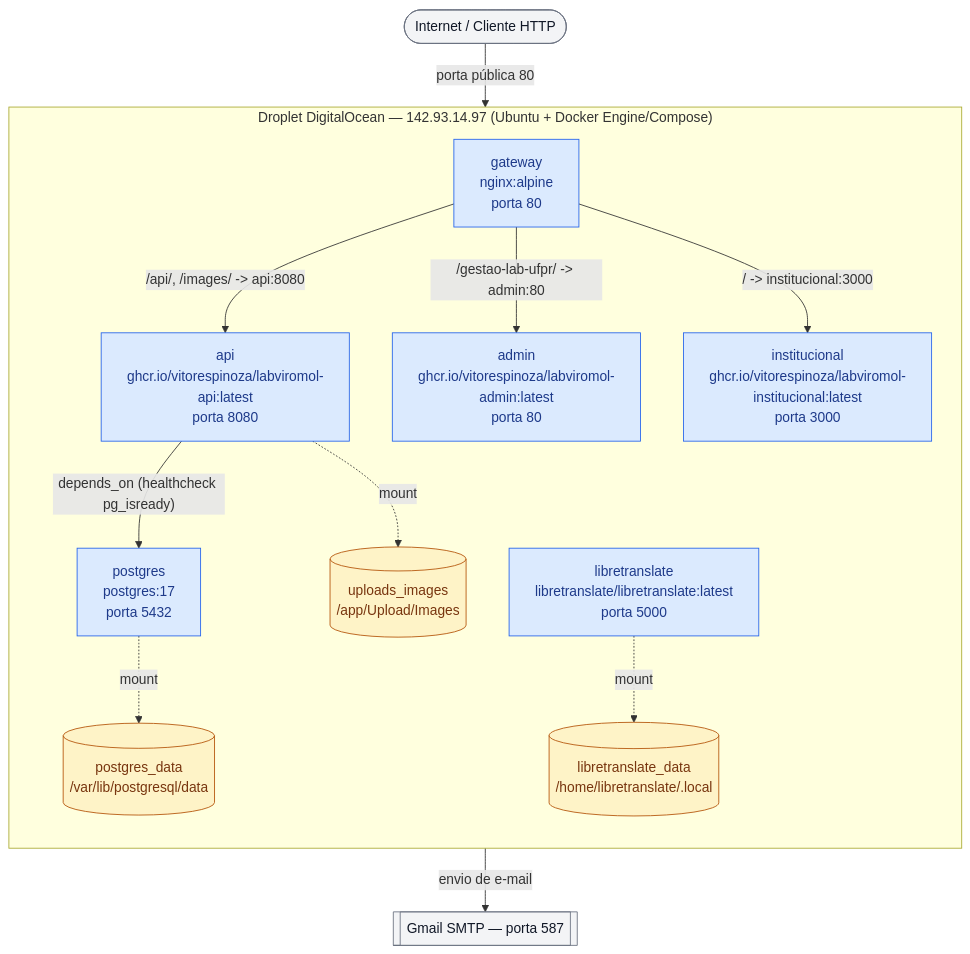
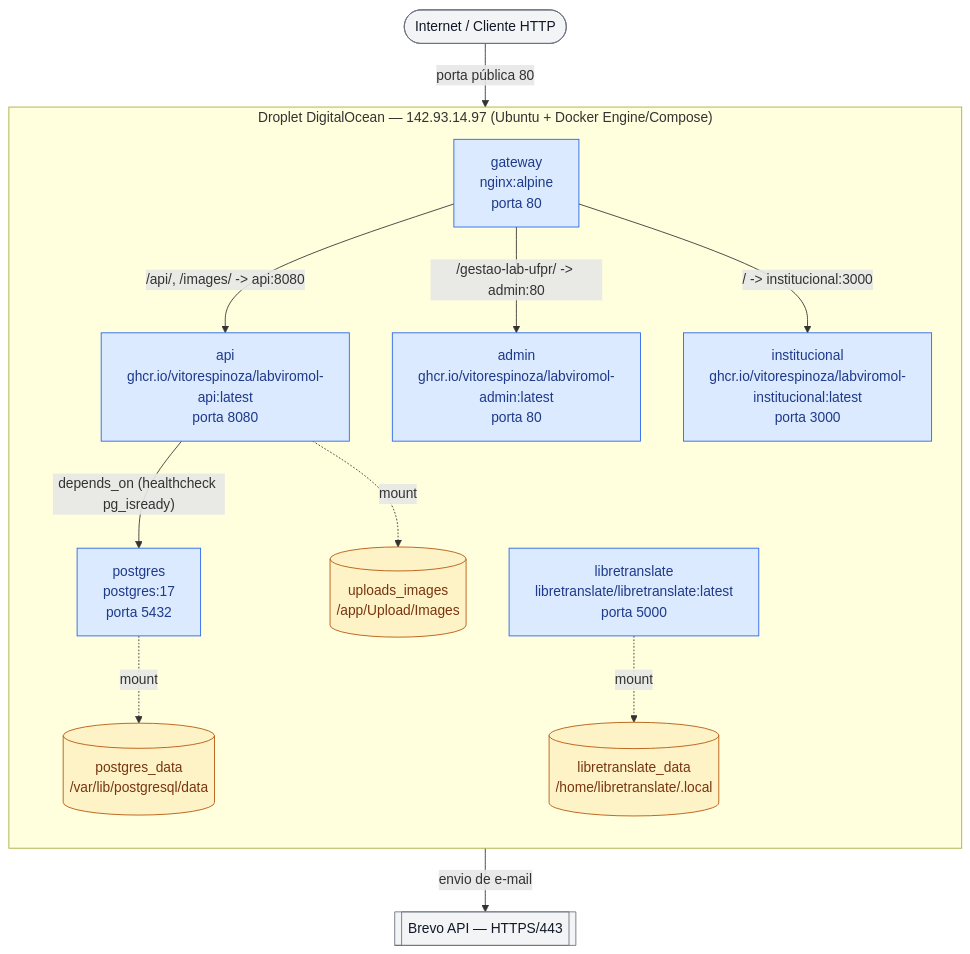
Before and after one commit to VitorEspinoza/LabViroMol: the diagram in docs/architecture/deployment/deployment.md, drawn with Mermaid. The commit also changed 32 other files, not shown here.

````diff
--- a/docs/architecture/deployment/deployment.md
+++ b/docs/architecture/deployment/deployment.md
@@ -9,41 +9,41 @@
 ```mermaid
 flowchart TB
     internet(["Internet / Cliente HTTP"])
-    smtp[["Gmail SMTP — porta 587"]]
+    brevo[["Brevo API — HTTPS/443"]]
 
     subgraph droplet["Droplet DigitalOcean — 142.93.14.97 (Ubuntu + Docker Engine/Compose)"]
         direction TB
 
         gateway["gateway\nnginx:alpine\nporta 80"]
         api["api\nghcr.io/vitorespinoza/labviromol-api:latest\nporta 8080"]
         admin["admin\nghcr.io/vitorespinoza/labviromol-admin:latest\nporta 80"]
         institucional["institucional\nghcr.io/vitorespinoza/labviromol-institucional:latest\nporta 3000"]
         postgres["postgres\npostgres:17\nporta 5432"]
         libretranslate["libretranslate\nlibretranslate/libretranslate:latest\nporta 5000"]
 
         vol_postgres[("postgres_data\n/var/lib/postgresql/data")]
         vol_uploads[("uploads_images\n/app/Upload/Images")]
         vol_lt[("libretranslate_data\n/home/libretranslate/.local")]
 
         gateway -- "/api/, /images/ -> api:8080" --> api
         gateway -- "/gestao-lab-ufpr/ -> admin:80" --> admin
         gateway -- "/ -> institucional:3000" --> institucional
 
         api -- "depends_on (healthcheck pg_isready)" --> postgres
 
         postgres -. mount .-> vol_postgres
         api -. mount .-> vol_uploads
         libretranslate -. mount .-> vol_lt
     end
 
     internet -- "porta pública 80" --> gateway
-    api -- "envio de e-mail" --> smtp
+    api -- "envio de e-mail" --> brevo
 
     classDef container fill:#dbeafe,stroke:#2563eb,color:#1e3a8a;
     classDef volume fill:#fef3c7,stroke:#b45309,color:#78350f;
     classDef external fill:#f3f4f6,stroke:#6b7280,color:#111827;
 
     class gateway,api,admin,institucional,postgres,libretranslate container;
     class vol_postgres,vol_uploads,vol_lt volume;
-    class internet,smtp external;
+    class internet,brevo external;
 ```
````
